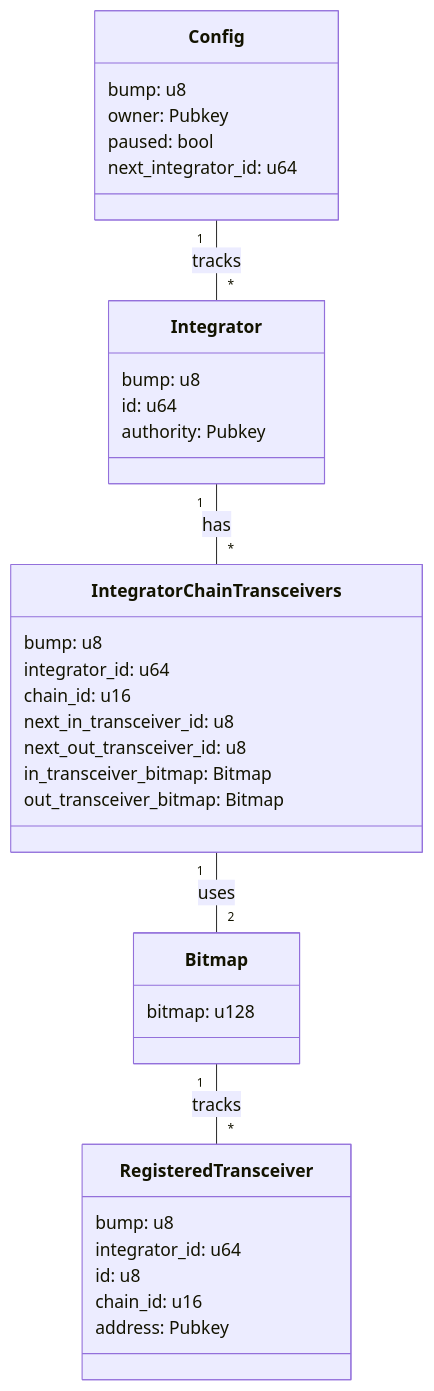
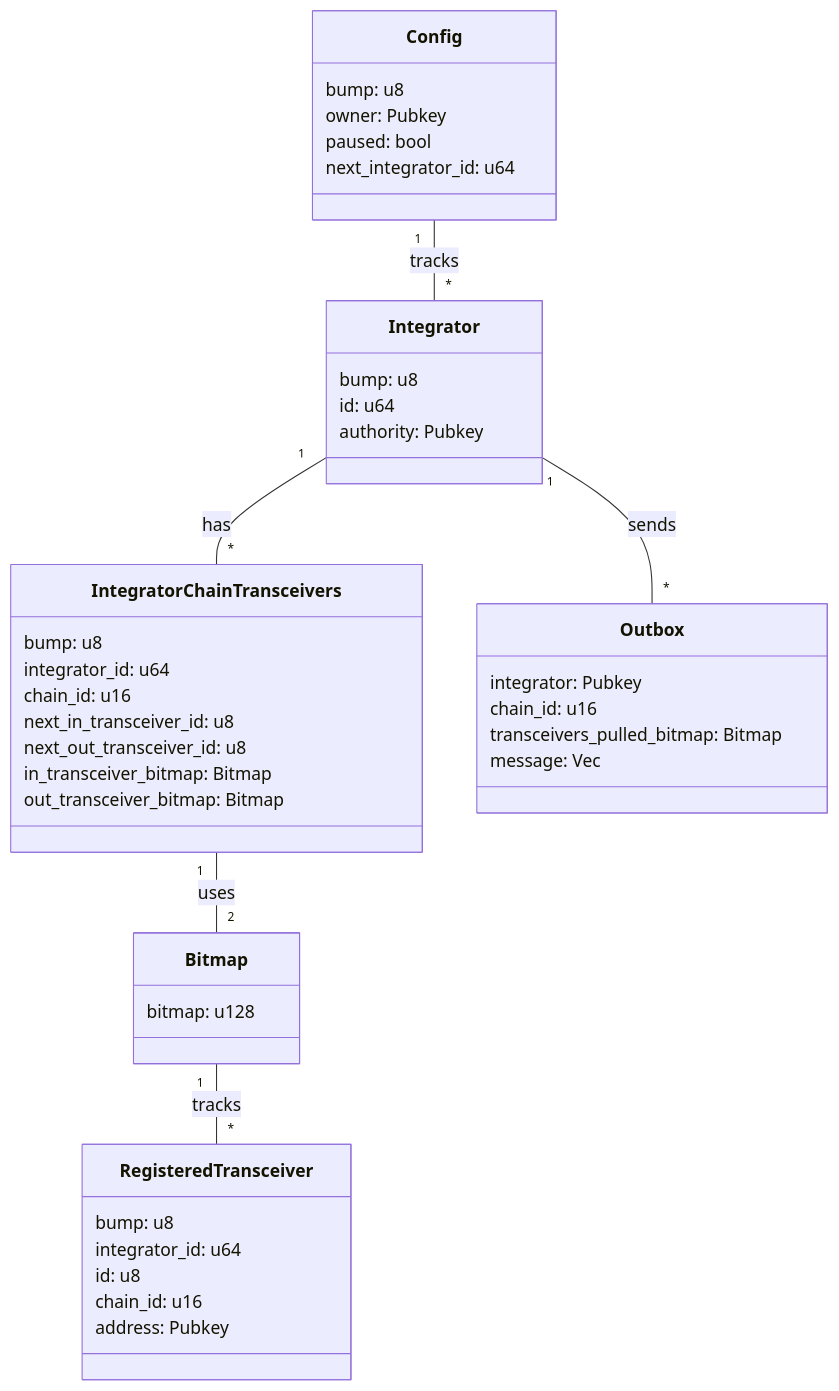
The diagram in svm/programs/router/README.md (wormholelabs-xyz/example-messaging-endpoint), drawn with Mermaid before and after one commit. The commit also changed other lines of this file, not shown here.

Commit message:
solana: initial planning for outbox

````diff
--- a/svm/programs/router/README.md
+++ b/svm/programs/router/README.md
@@ -5,42 +5,50 @@
 ```mermaid
 classDiagram
     class Config {
         bump: u8
         owner: Pubkey
         paused: bool
         next_integrator_id: u64
     }
 
     class Integrator {
         bump: u8
         id: u64
         authority: Pubkey
     }
 
     class IntegratorChainTransceivers {
         bump: u8
         integrator_id: u64
         chain_id: u16
         next_in_transceiver_id: u8
         next_out_transceiver_id: u8
         in_transceiver_bitmap: Bitmap
         out_transceiver_bitmap: Bitmap
     }
 
     class RegisteredTransceiver {
         bump: u8
         integrator_id: u64
         id: u8
         chain_id: u16
         address: Pubkey
     }
 
     class Bitmap {
         bitmap: u128
     }
 
+    class Outbox {
+        integrator: Pubkey
+        chain_id: u16
+        transceivers_pulled_bitmap: Bitmap
+        message: Vec<u8>
+    }
+
     Config "1" -- "*" Integrator : tracks
     Integrator "1" -- "*" IntegratorChainTransceivers : has
     IntegratorChainTransceivers "1" -- "2" Bitmap : uses
     Bitmap "1" -- "*" RegisteredTransceiver : tracks
+    Integrator "1" -- "*" Outbox : sends
 ```
````
